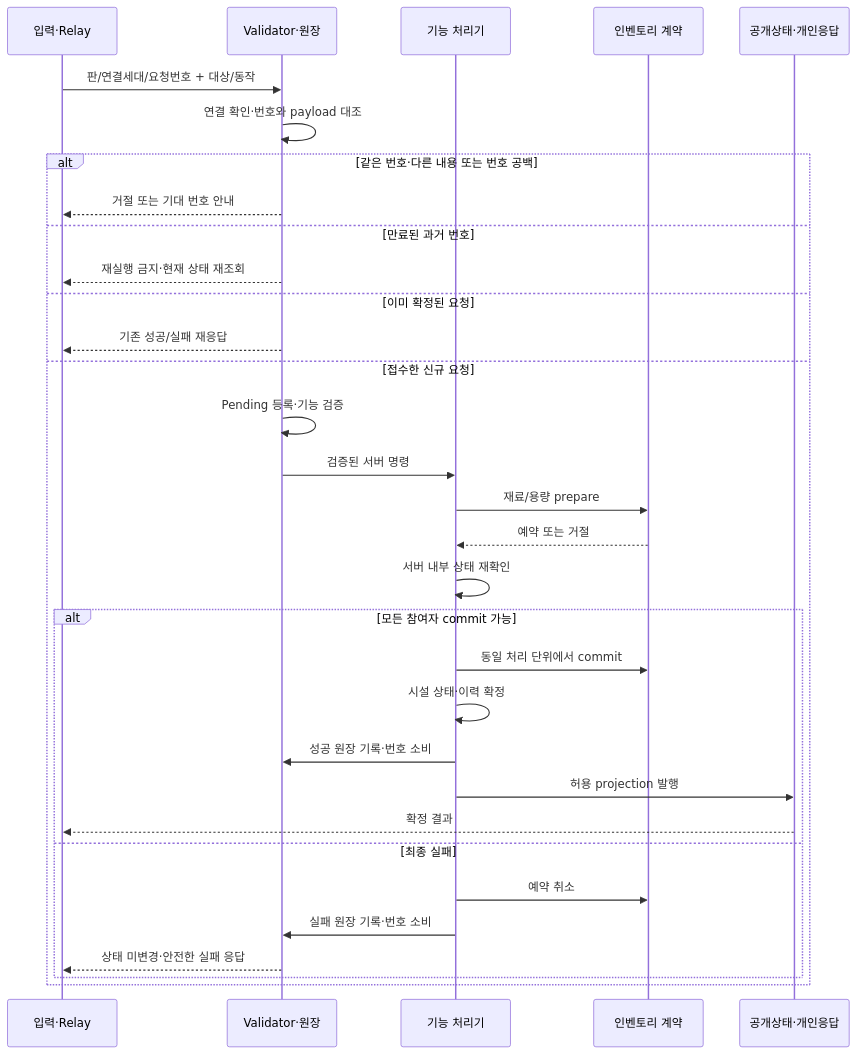
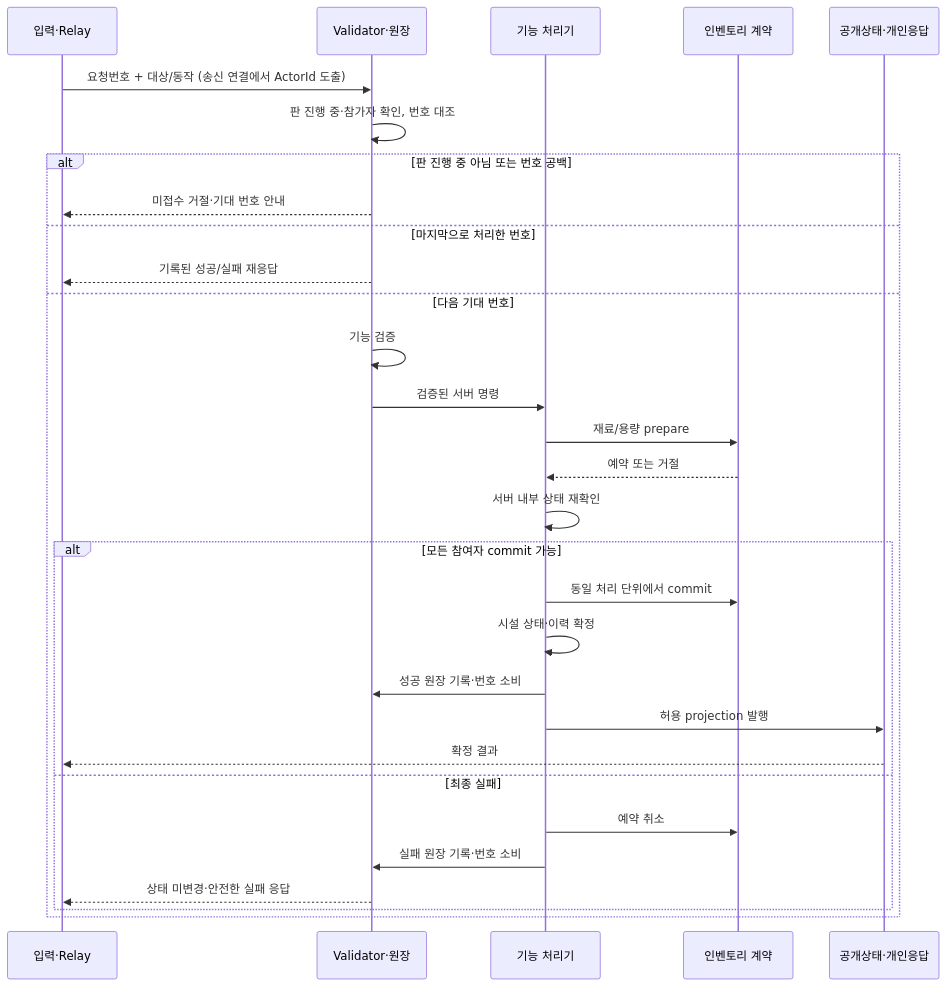
The second of 3 diagrams in docs/design/jihun-system-design.md (TheSecretOfLightHouse/TheSecretOfLightHouse), drawn with Mermaid before and after one commit. The commit also changed other lines of this file and 8 other files, not shown here.

````diff
--- a/docs/design/jihun-system-design.md
+++ b/docs/design/jihun-system-design.md
@@ -189,34 +204,32 @@
 ```mermaid
 sequenceDiagram
   participant C as 입력·Relay
   participant G as Validator·원장
   participant H as 기능 처리기
   participant I as 인벤토리 계약
   participant S as 공개상태·개인응답
-  C->>G: 판/연결세대/요청번호 + 대상/동작
-  G->>G: 연결 확인·번호와 payload 대조
-  alt 같은 번호·다른 내용 또는 번호 공백
-    G-->>C: 거절 또는 기대 번호 안내
-  else 만료된 과거 번호
-    G-->>C: 재실행 금지·현재 상태 재조회
-  else 이미 확정된 요청
-    G-->>C: 기존 성공/실패 재응답
-  else 접수한 신규 요청
-    G->>G: Pending 등록·기능 검증
+  C->>G: 요청번호 + 대상/동작 (송신 연결에서 ActorId 도출)
+  G->>G: 판 진행 중·참가자 확인, 번호 대조
+  alt 판 진행 중 아님 또는 번호 공백
+    G-->>C: 미접수 거절·기대 번호 안내
+  else 마지막으로 처리한 번호
+    G-->>C: 기록된 성공/실패 재응답
+  else 다음 기대 번호
+    G->>G: 기능 검증
     G->>H: 검증된 서버 명령
     H->>I: 재료/용량 prepare
     I-->>H: 예약 또는 거절
     H->>H: 서버 내부 상태 재확인
     alt 모든 참여자 commit 가능
       H->>I: 동일 처리 단위에서 commit
       H->>H: 시설 상태·이력 확정
       H->>G: 성공 원장 기록·번호 소비
       H->>S: 허용 projection 발행
       S-->>C: 확정 결과
     else 최종 실패
       H->>I: 예약 취소
       H->>G: 실패 원장 기록·번호 소비
       G-->>C: 상태 미변경·안전한 실패 응답
     end
   end
 ```
````
